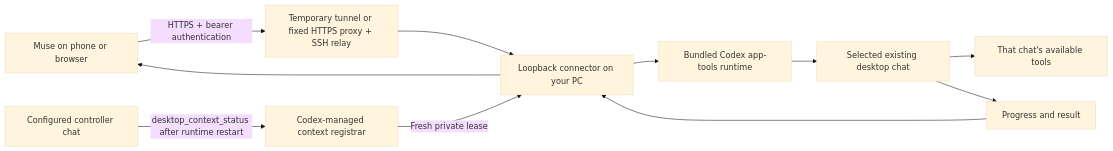
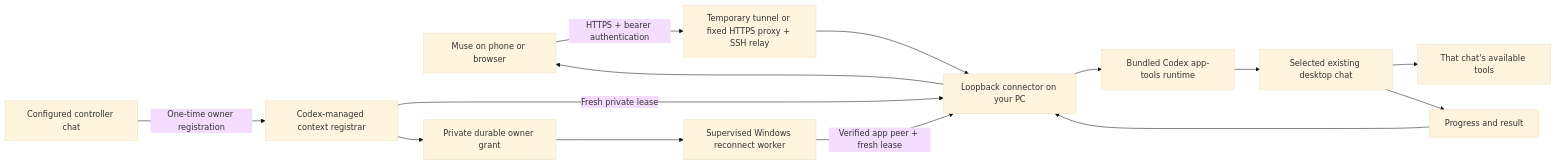
The diagram in README.md (thefayth/muse-local-connector), drawn with Mermaid (base theme) before and after one commit. The commit also changed other lines of this file and 16 other files, not shown here.

First line of the commit message:
Reconnect desktop automatically from Windows startup

````diff
--- a/README.md
+++ b/README.md
@@ -27,13 +27,16 @@
 ```mermaid
 flowchart LR
     Muse["Muse on phone or browser"] -->|"HTTPS + bearer authentication"| Tunnel["Temporary tunnel or fixed HTTPS proxy + SSH relay"]
     Tunnel --> Gateway["Loopback connector on your PC"]
     Gateway --> Native["Bundled Codex app-tools runtime"]
-    Owner["Configured controller chat"] -->|"desktop_context_status after runtime restart"| Registrar["Codex-managed context registrar"]
+    Owner["Configured controller chat"] -->|"One-time owner registration"| Registrar["Codex-managed context registrar"]
     Registrar -->|"Fresh private lease"| Gateway
+    Registrar --> Grant["Private durable owner grant"]
+    Grant --> Reconnect["Supervised Windows reconnect worker"]
+    Reconnect -->|"Verified app peer + fresh lease"| Gateway
     Native --> Chat["Selected existing desktop chat"]
     Chat --> Tools["That chat's available tools"]
     Chat --> Result["Progress and result"]
     Result --> Gateway
     Gateway --> Muse
 ```
````
